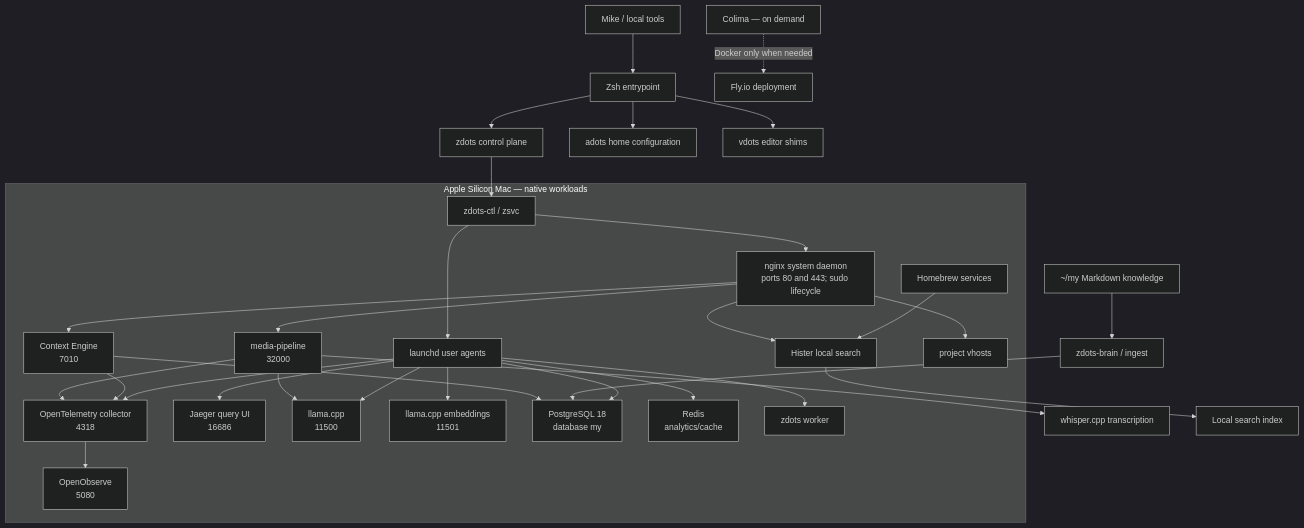
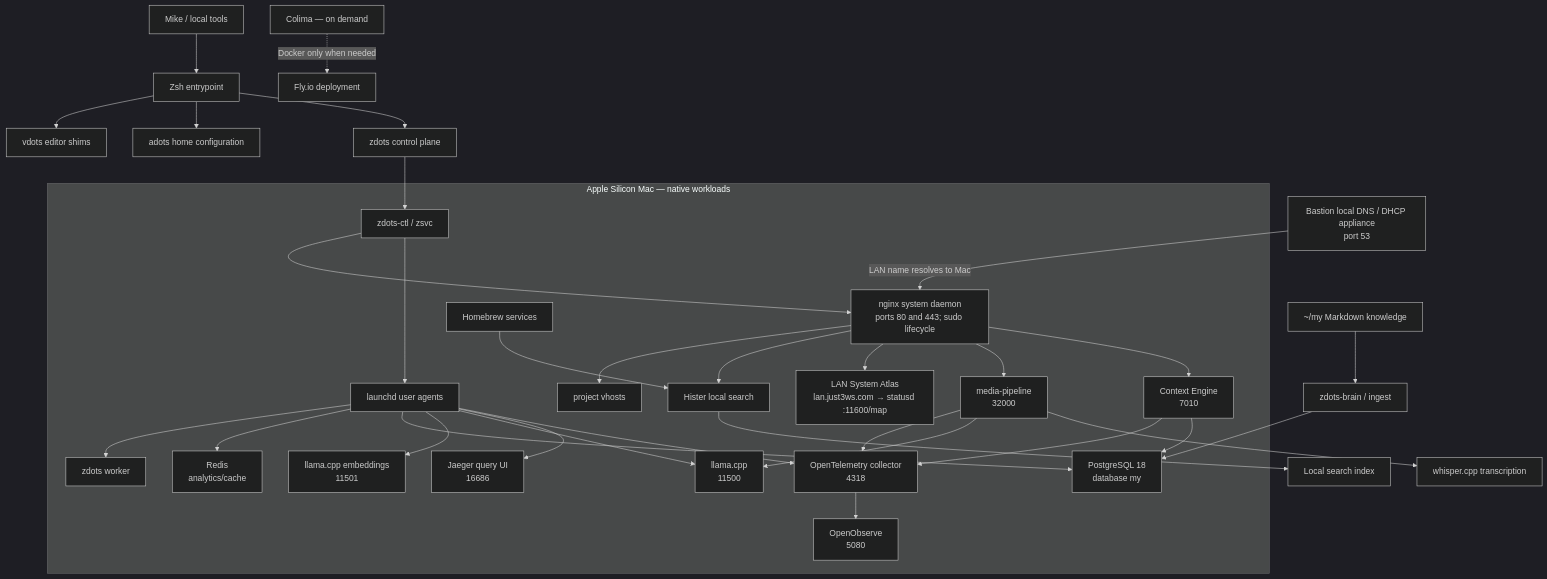
One commit to just3ws/zdots changed the first of 3 diagrams in docs/platform-map.md. Above: the diagram before and after it, drawn with Mermaid (dark theme). The commit also changed other lines of this file and 13 other files, not shown here.

Commit message:
feat(atlas): add LAN system map

````diff
--- a/docs/platform-map.md
+++ b/docs/platform-map.md
@@ -28,36 +33,39 @@
 ```mermaid
 flowchart TB
     Operator[Mike / local tools] --> Shell[Zsh entrypoint]
     Shell --> Zdots[zdots control plane]
     Shell --> Adots[adots home configuration]
     Shell --> Vdots[vdots editor shims]
     Zdots --> Ctl[zdots-ctl / zsvc]
 
     subgraph Host[Apple Silicon Mac — native workloads]
         Ctl --> Launchd[launchd user agents]
         Ctl --> Nginx[nginx system daemon<br/>ports 80 and 443; sudo lifecycle]
         Launchd --> OTel[OpenTelemetry collector<br/>4318]
         OTel --> O2[OpenObserve<br/>5080]
         Launchd --> Jaeger[Jaeger query UI<br/>16686]
         Launchd --> Llama[llama.cpp<br/>11500]
         Launchd --> Embed[llama.cpp embeddings<br/>11501]
         Launchd --> PG[PostgreSQL 18<br/>database my]
         Launchd --> Redis[Redis<br/>analytics/cache]
     Launchd --> Worker[zdots worker]
     BrewServices[Homebrew services] --> Hister[Hister local search]
         Nginx --> Context[Context Engine<br/>7010]
         Nginx --> Media[media-pipeline<br/>32000]
+        Nginx --> Atlas[LAN System Atlas<br/>lan.just3ws.com → statusd :11600/map]
         Nginx --> Hister
         Nginx --> Projects[project vhosts]
     end
 
     Knowledge[~/my Markdown knowledge] --> Brain[zdots-brain / ingest]
     Brain --> PG
     Context --> PG
     Media --> Whisper[whisper.cpp transcription]
     Media --> Llama
     Context --> OTel
     Media --> OTel
     Colima[Colima — on demand] -. Docker only when needed .-> Fly[Fly.io deployment]
     Hister --> SearchIndex[Local search index]
+
+    BastionDNS[Bastion local DNS / DHCP appliance<br/>port 53] -->|LAN name resolves to Mac| Nginx
 ```
````
